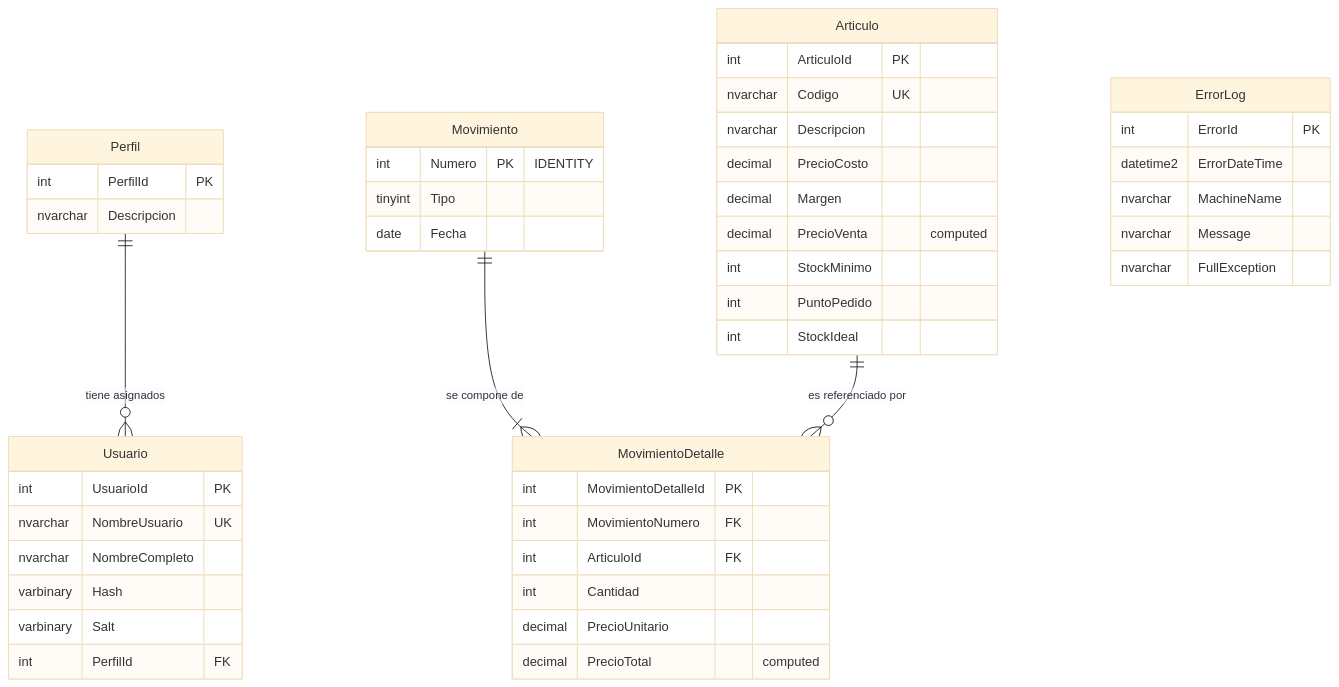
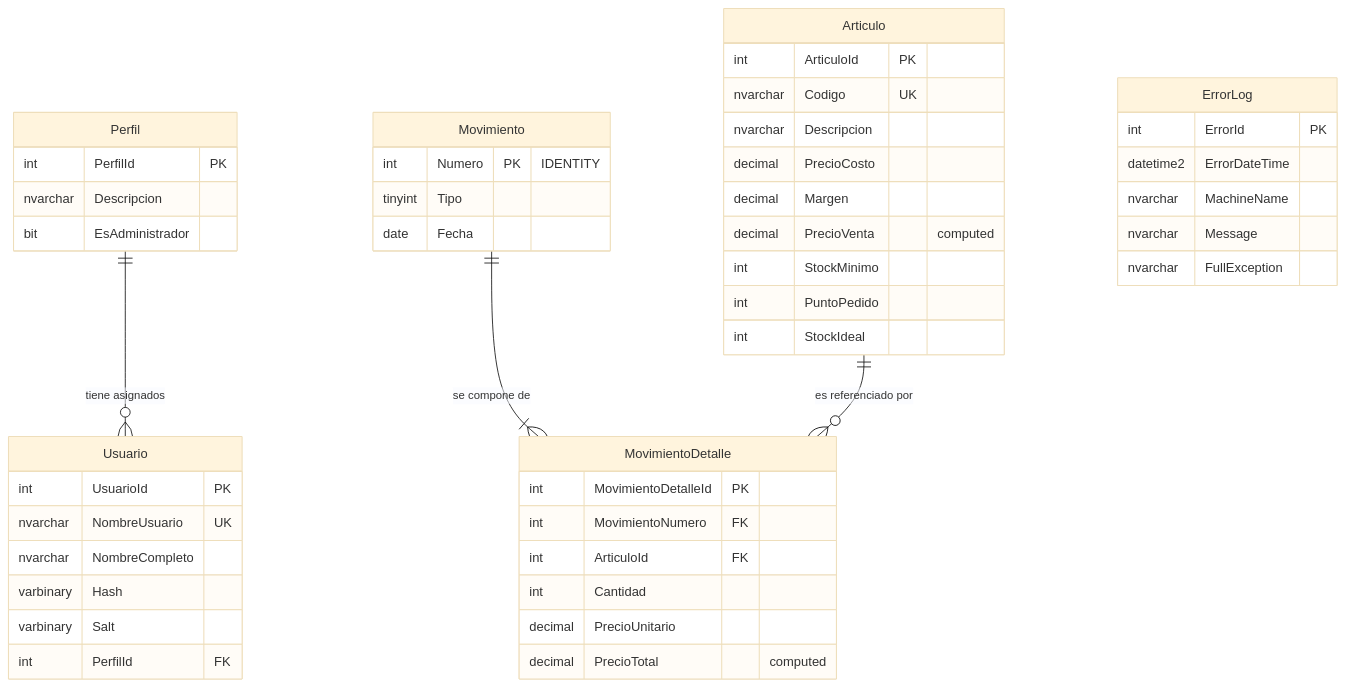
Before and after one commit to marianoaranda/Modulo4: the diagram in specs/001-modulo-stock-pedidos/data-model.md, drawn with Mermaid (base theme). The commit also changed other lines of this file and 7 other files, not shown here.

````diff
--- a/specs/001-modulo-stock-pedidos/data-model.md
+++ b/specs/001-modulo-stock-pedidos/data-model.md
@@ -10,50 +10,51 @@
 ```mermaid
 erDiagram
     Perfil     ||--o{ Usuario            : "tiene asignados"
     Movimiento ||--|{ MovimientoDetalle  : "se compone de"
     Articulo   ||--o{ MovimientoDetalle  : "es referenciado por"
 
     Perfil {
         int PerfilId PK
         nvarchar Descripcion
+        bit EsAdministrador
     }
     Usuario {
         int UsuarioId PK
         nvarchar NombreUsuario UK
         nvarchar NombreCompleto
         varbinary Hash
         varbinary Salt
         int PerfilId FK
     }
     Articulo {
         int ArticuloId PK
         nvarchar Codigo UK
         nvarchar Descripcion
         decimal PrecioCosto
         decimal Margen
         decimal PrecioVenta "computed"
         int StockMinimo
         int PuntoPedido
         int StockIdeal
     }
     Movimiento {
         int Numero PK "IDENTITY"
         tinyint Tipo
         date Fecha
     }
     MovimientoDetalle {
         int MovimientoDetalleId PK
         int MovimientoNumero FK
         int ArticuloId FK
         int Cantidad
         decimal PrecioUnitario
         decimal PrecioTotal "computed"
     }
     ErrorLog {
         int ErrorId PK
         datetime2 ErrorDateTime
         nvarchar MachineName
         nvarchar Message
         nvarchar FullException
     }
 ```
````
